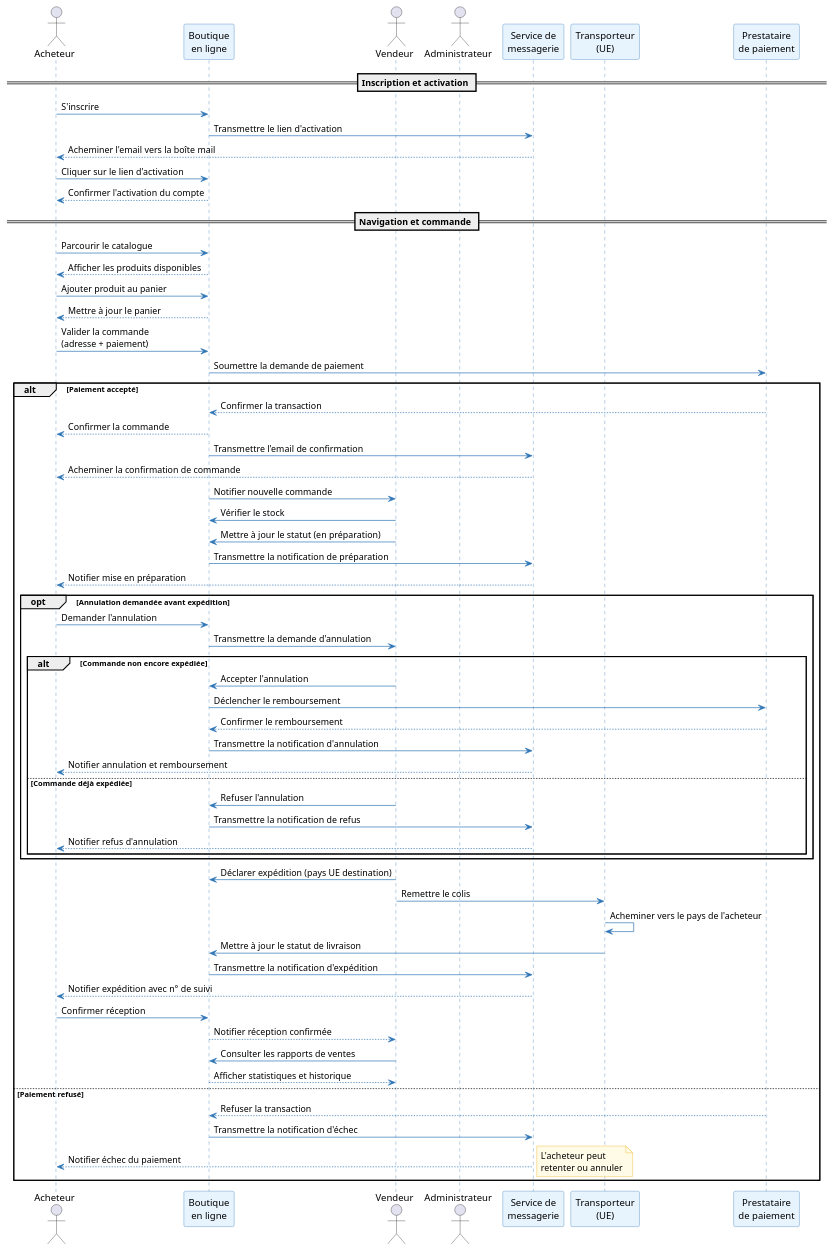
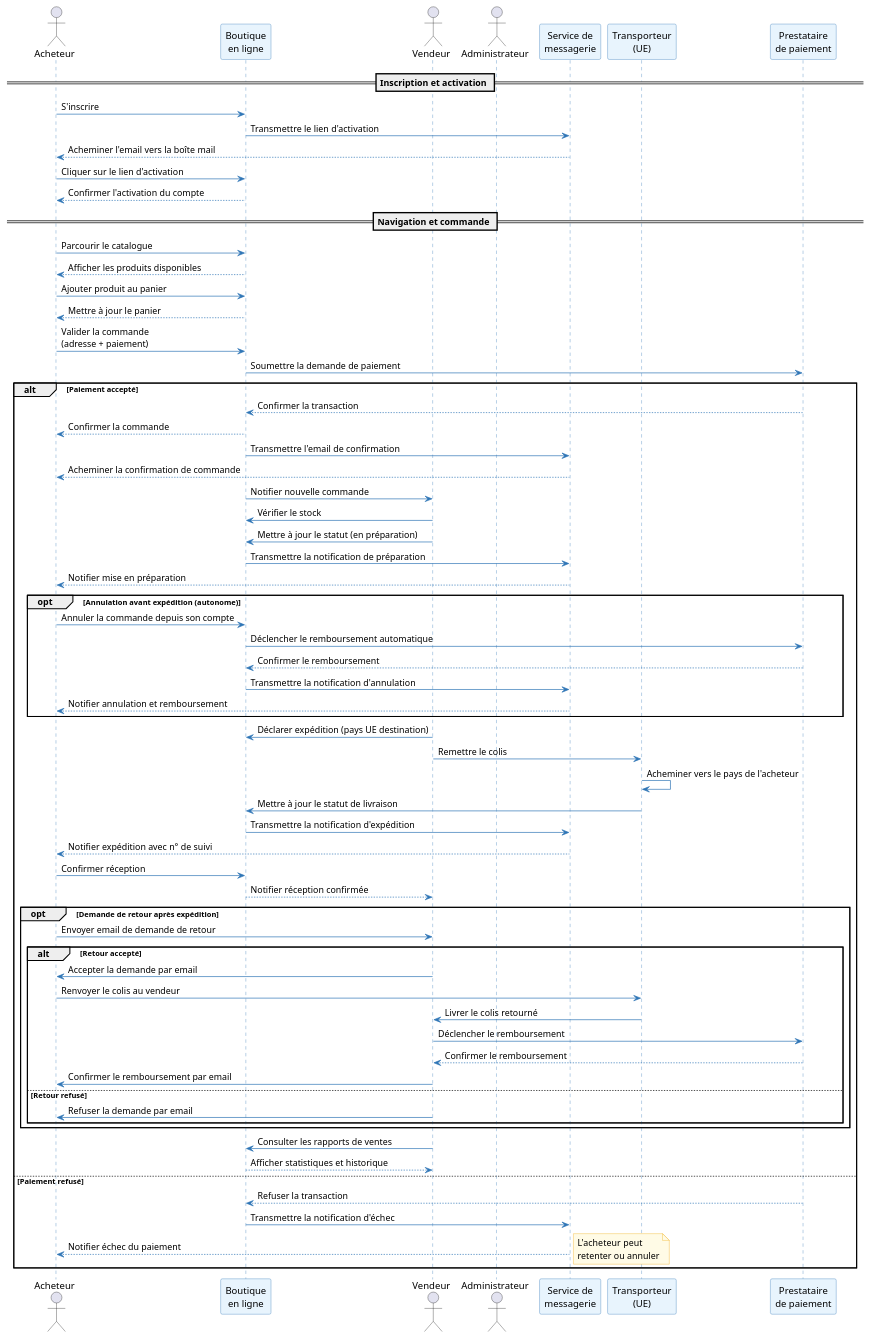
One commit to louistalvande/online_shop changed the fifth of 6 diagrams in architecture/1_operational_analysis.adoc. Above: the diagram before and after it, drawn with PlantUML. The commit also changed other lines of this file, not shown here.

```diff
--- a/architecture/1_operational_analysis.adoc
+++ b/architecture/1_operational_analysis.adoc
@@ -379,20 +401,12 @@
   Shop -> Mail : Transmettre la notification de préparation
   Mail --> Buyer : Notifier mise en préparation
 
-  opt Annulation demandée avant expédition
-    Buyer -> Shop : Demander l'annulation
-    Shop -> Vendor : Transmettre la demande d'annulation
-    alt Commande non encore expédiée
-      Vendor -> Shop : Accepter l'annulation
-      Shop -> Payment : Déclencher le remboursement
-      Payment --> Shop : Confirmer le remboursement
-      Shop -> Mail : Transmettre la notification d'annulation
-      Mail --> Buyer : Notifier annulation et remboursement
-    else Commande déjà expédiée
-      Vendor -> Shop : Refuser l'annulation
-      Shop -> Mail : Transmettre la notification de refus
-      Mail --> Buyer : Notifier refus d'annulation
-    end
+  opt Annulation avant expédition (autonome)
+    Buyer -> Shop : Annuler la commande depuis son compte
+    Shop -> Payment : Déclencher le remboursement automatique
+    Payment --> Shop : Confirmer le remboursement
+    Shop -> Mail : Transmettre la notification d'annulation
+    Mail --> Buyer : Notifier annulation et remboursement
   end
 
   Vendor -> Shop : Déclarer expédition (pays UE destination)
@@ -405,6 +419,20 @@
   Buyer -> Shop : Confirmer réception
   Shop --> Vendor : Notifier réception confirmée
 
+  opt Demande de retour après expédition
+    Buyer -> Vendor : Envoyer email de demande de retour
+    alt Retour accepté
+      Vendor -> Buyer : Accepter la demande par email
+      Buyer -> Carrier : Renvoyer le colis au vendeur
+      Carrier -> Vendor : Livrer le colis retourné
+      Vendor -> Payment : Déclencher le remboursement
+      Payment --> Vendor : Confirmer le remboursement
+      Vendor -> Buyer : Confirmer le remboursement par email
+    else Retour refusé
+      Vendor -> Buyer : Refuser la demande par email
+    end
+  end
+
   Vendor -> Shop : Consulter les rapports de ventes
   Shop --> Vendor : Afficher statistiques et historique
 
```
